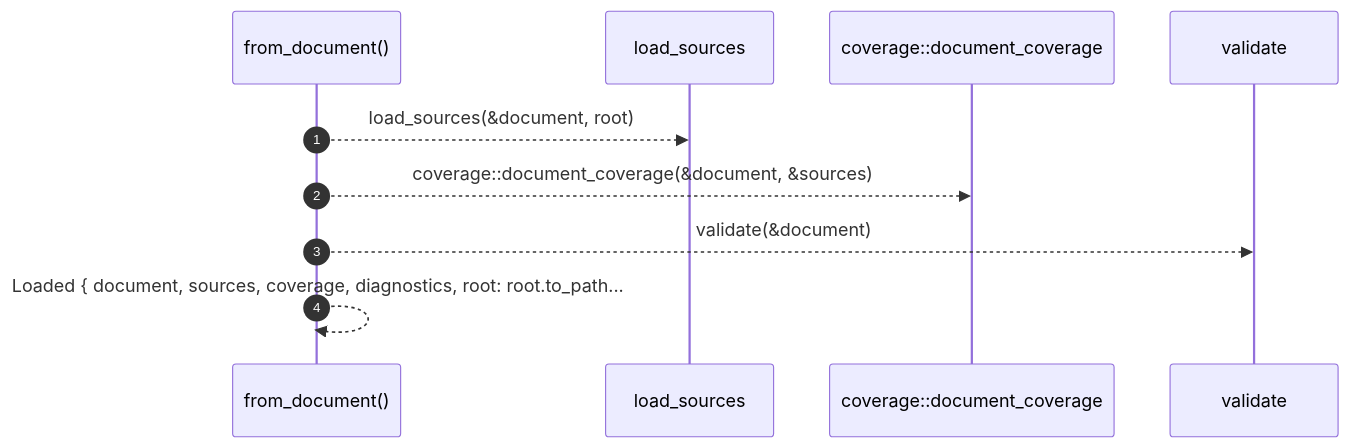
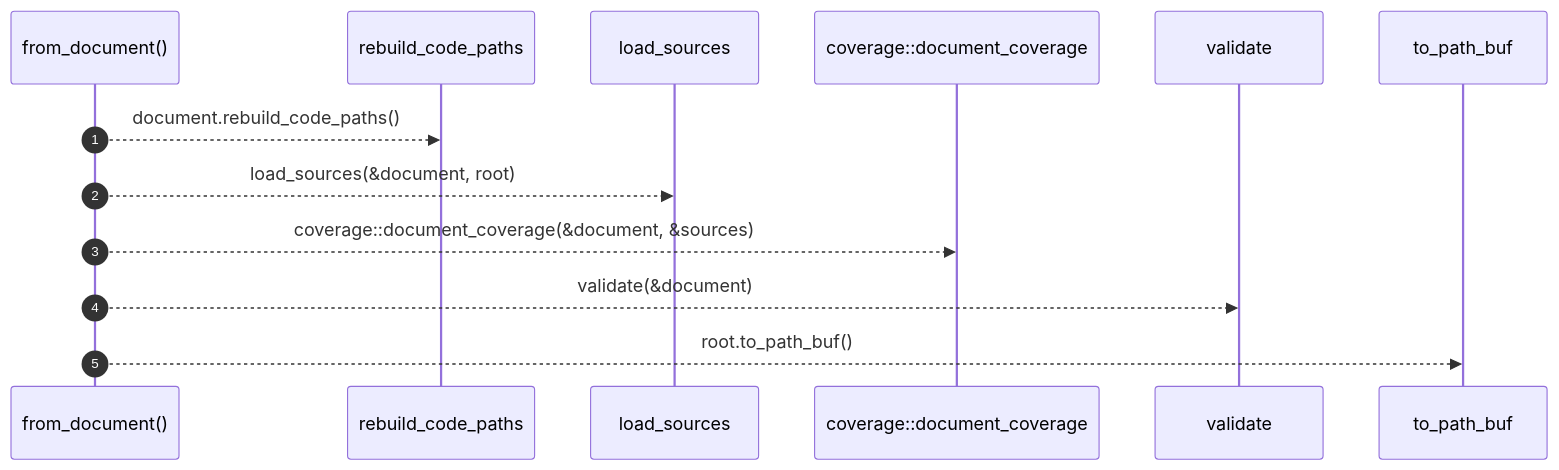
One commit to RyanGuild/self-describing-code changed the diagram in docs/self-model/robby_render/pipeline/from-document.md. Above: the diagram before and after it, drawn with Mermaid. The commit also changed other lines of this file and 1404 other files, not shown here.

````diff
--- a/docs/self-model/robby_render/pipeline/from-document.md
+++ b/docs/self-model/robby_render/pipeline/from-document.md
@@ -30,12 +33,15 @@
 ```mermaid
 sequenceDiagram
     autonumber
     participant from_document as from_document()
+    participant rebuild_code_paths as rebuild_code_paths
     participant load_sources as load_sources
     participant coverage__document_coverage as coverage::document_coverage
     participant validate as validate
+    participant to_path_buf as to_path_buf
+    from_document-->>rebuild_code_paths: document.rebuild_code_paths()
     from_document-->>load_sources: load_sources(&document, root)
     from_document-->>coverage__document_coverage: coverage::document_coverage(&document, &sources)
     from_document-->>validate: validate(&document)
-    from_document-->>from_document: Loaded { document, sources, coverage, diagnostics, root: root.to_path...
+    from_document-->>to_path_buf: root.to_path_buf()
 ```
````
